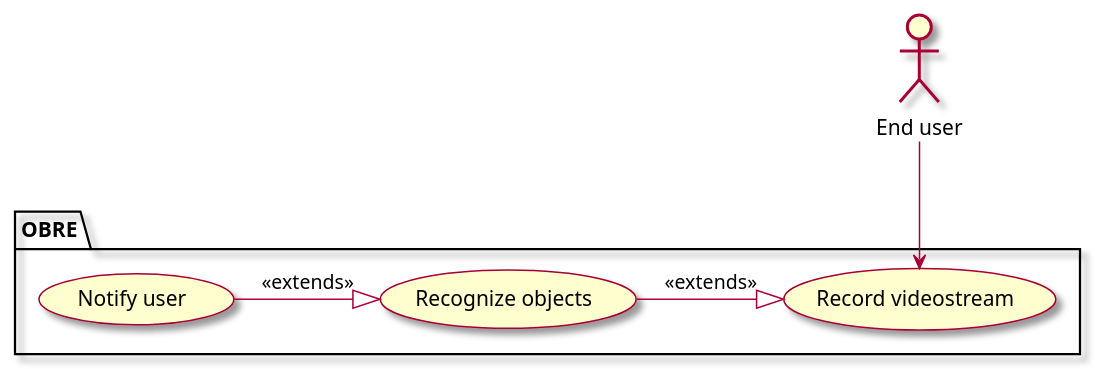
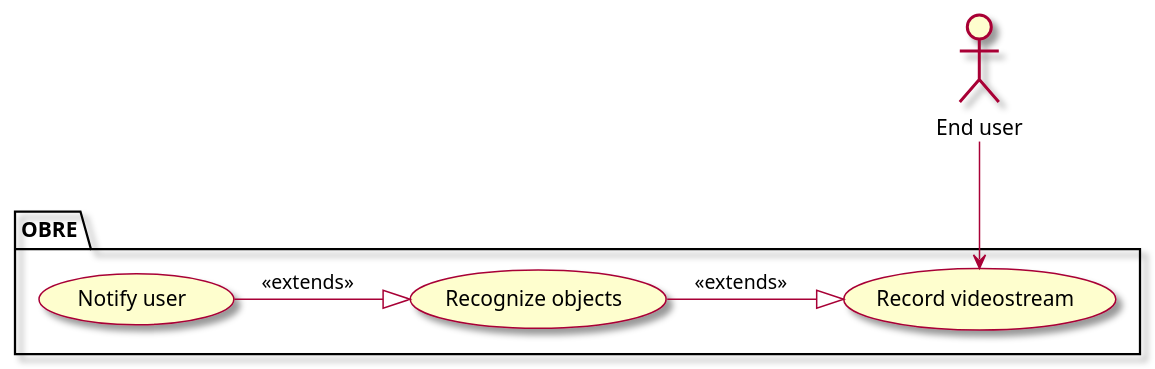
One commit to tonyh1306/OBRE-Vision-through-a-screen changed the diagram in intellij/doc/vision.md. Above: the diagram before and after it, drawn with PlantUML. The commit also changed other lines of this file and 3 other files, not shown here.

````diff
--- a/intellij/doc/vision.md
+++ b/intellij/doc/vision.md
@@ -28,22 +29,22 @@
 ```plantuml
 @startuml
 skin rose
 
 ' human actors
 actor "End user" as user
 
 ' list all use cases in package
 package OBRE{
     usecase "Record videostream" as camera
     usecase "Recognize objects" as obre
     usecase "Notify user" as tts
 
 }
 
 ' list relationships between actors and use cases
 user --> camera
-obre -right-|> camera : <<extends>>
-tts -right-|> obre : <<extends>>
+obre -right-|> camera : <<extends>> \t
+tts -right-|> obre : <<extends>> \t
 
 @enduml
 ```
````
